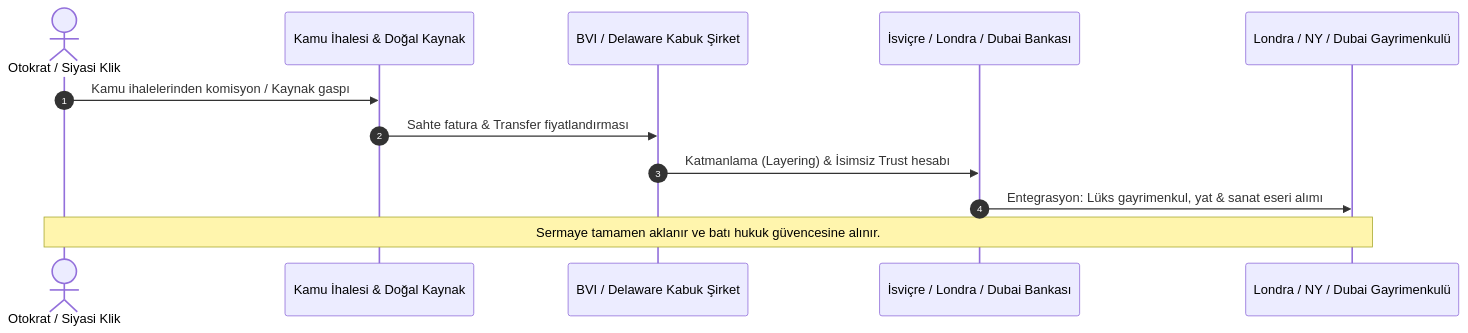
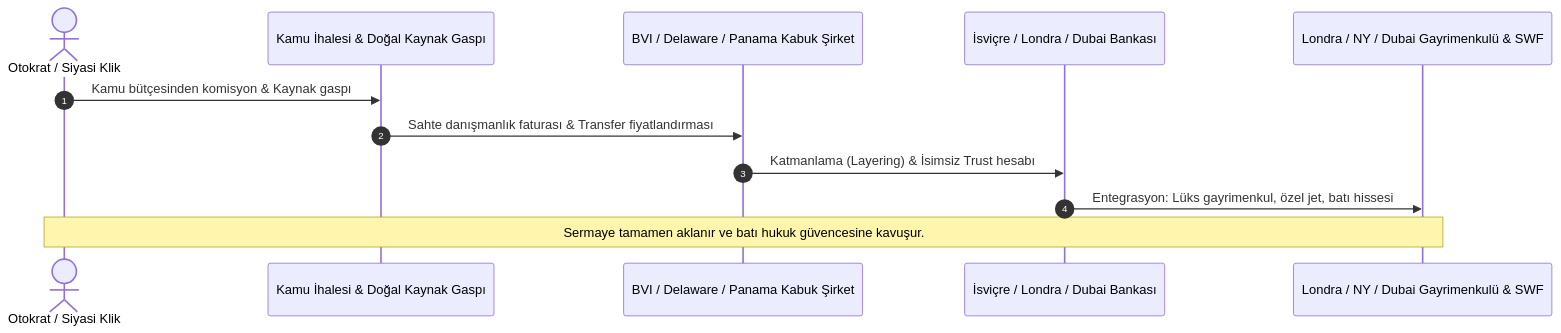
The second of 2 diagrams in README.md (bahattinyunus/Global-X-Ray), drawn with Mermaid before and after one commit. The commit also changed other lines of this file and 1 other file, not shown here.

````diff
--- a/README.md
+++ b/README.md
@@ -86,15 +161,15 @@
 ```mermaid
 sequenceDiagram
     autonumber
     actor Kleptokrat as Otokrat / Siyasi Klik
-    participant Varlık as Kamu İhalesi & Doğal Kaynak
-    participant Paravan as BVI / Delaware Kabuk Şirket
+    participant Varlık as Kamu İhalesi & Doğal Kaynak Gaspı
+    participant Paravan as BVI / Delaware / Panama Kabuk Şirket
     participant Banka as İsviçre / Londra / Dubai Bankası
-    participant RealEstate as Londra / NY / Dubai Gayrimenkulü
+    participant RealEstate as Londra / NY / Dubai Gayrimenkulü & SWF
 
-    Kleptokrat->>Varlık: Kamu ihalelerinden komisyon / Kaynak gaspı
-    Varlık->>Paravan: Sahte fatura & Transfer fiyatlandırması
+    Kleptokrat->>Varlık: Kamu bütçesinden komisyon & Kaynak gaspı
+    Varlık->>Paravan: Sahte danışmanlık faturası & Transfer fiyatlandırması
     Paravan->>Banka: Katmanlama (Layering) & İsimsiz Trust hesabı
-    Banka->>RealEstate: Entegrasyon: Lüks gayrimenkul, yat & sanat eseri alımı
-    Note over Kleptokrat,RealEstate: Sermaye tamamen aklanır ve batı hukuk güvencesine alınır.
+    Banka->>RealEstate: Entegrasyon: Lüks gayrimenkul, özel jet, batı hissesi
+    Note over Kleptokrat,RealEstate: Sermaye tamamen aklanır ve batı hukuk güvencesine kavuşur.
 ```
````
